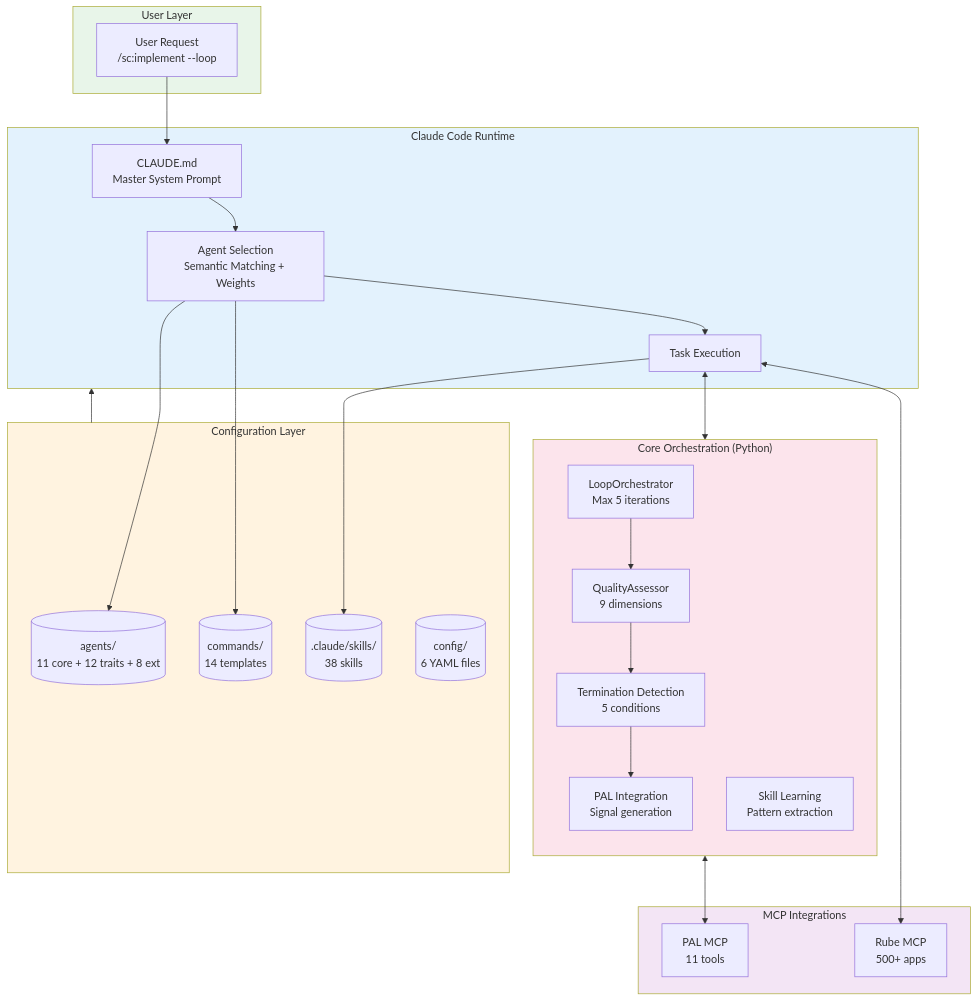
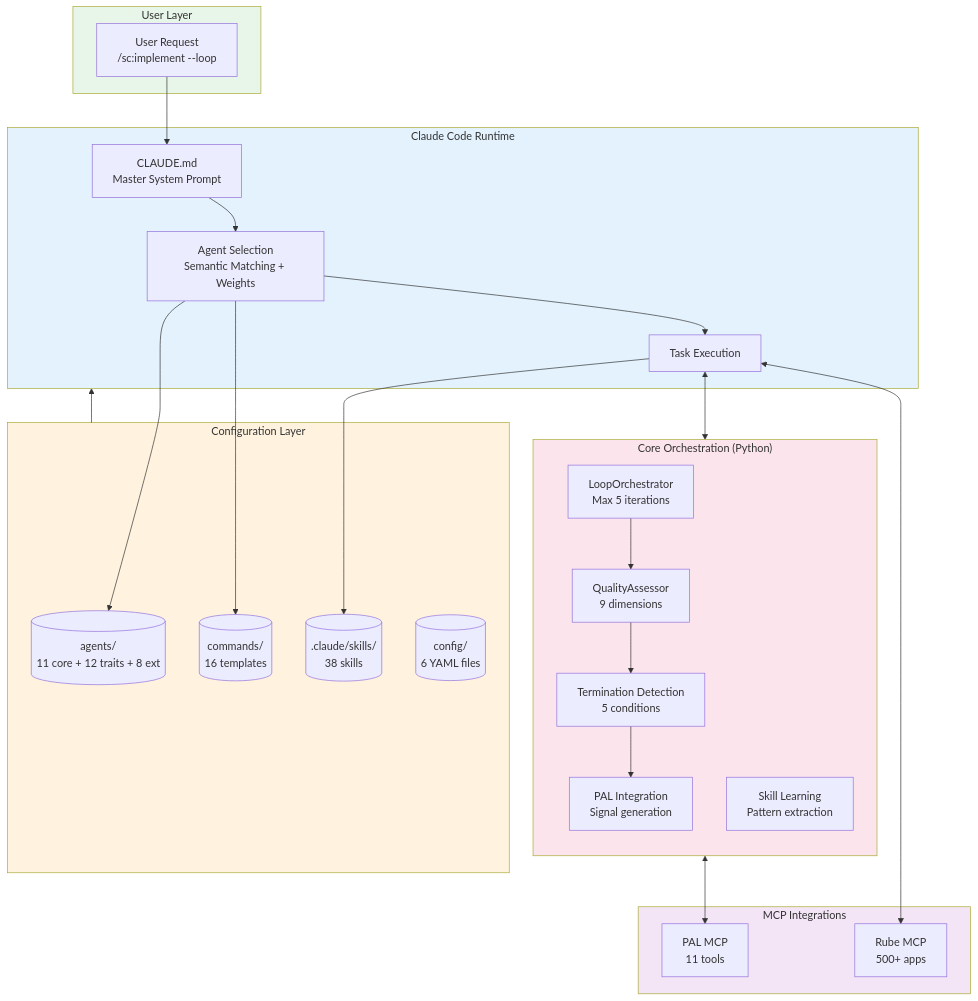
Before and after one commit to Tony363/SuperClaude: the first of 9 diagrams in README.md, drawn with Mermaid. The commit also changed other lines of this file and 1 other file, not shown here.

````diff
--- a/README.md
+++ b/README.md
@@ -133,53 +139,53 @@
 ```mermaid
 flowchart TB
     subgraph User["User Layer"]
         REQ["User Request<br/>/sc:implement --loop"]
     end
 
     subgraph Runtime["Claude Code Runtime"]
         CLAUDE["CLAUDE.md<br/>Master System Prompt"]
         SELECT["Agent Selection<br/>Semantic Matching + Weights"]
         EXEC["Task Execution"]
     end
 
     subgraph Config["Configuration Layer"]
         AGENTS[("agents/<br/>11 core + 12 traits + 8 ext")]
-        COMMANDS[("commands/<br/>14 templates")]
+        COMMANDS[("commands/<br/>16 templates")]
         SKILLS[(".claude/skills/<br/>38 skills")]
         YAML[("config/<br/>6 YAML files")]
     end
 
     subgraph Core["Core Orchestration (Python)"]
         direction TB
         LOOP["LoopOrchestrator<br/>Max 5 iterations"]
         QUALITY["QualityAssessor<br/>9 dimensions"]
         TERM["Termination Detection<br/>5 conditions"]
         PALINT["PAL Integration<br/>Signal generation"]
         LEARN["Skill Learning<br/>Pattern extraction"]
     end
 
     subgraph MCP["MCP Integrations"]
         PAL["PAL MCP<br/>11 tools"]
         RUBE["Rube MCP<br/>500+ apps"]
     end
 
     REQ --> CLAUDE
     CLAUDE --> SELECT
     SELECT --> AGENTS
     SELECT --> COMMANDS
     SELECT --> EXEC
     EXEC --> SKILLS
     EXEC <--> Core
     LOOP --> QUALITY
     QUALITY --> TERM
     TERM --> PALINT
     PALINT <--> PAL
     EXEC <--> RUBE
     Config --> Runtime
 
     style User fill:#e8f5e9
     style Runtime fill:#e3f2fd
     style Config fill:#fff3e0
     style Core fill:#fce4ec
     style MCP fill:#f3e5f5
 ```
````
